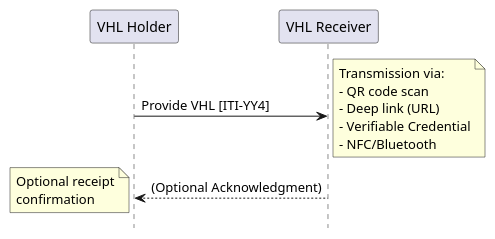
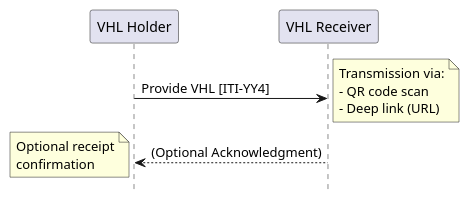
The diagram in input/images-source/ITI-YY4.plantuml (IHE/ITI.VHL), drawn with PlantUML before and after one commit. The commit also changed 4 other files, not shown here.

```diff
--- a/input/images-source/ITI-YY4.plantuml
+++ b/input/images-source/ITI-YY4.plantuml
@@ -1,23 +1,21 @@
 @startuml
 skinparam svgDimensionStyle false
 hide footbox
 
 participant "VHL Holder" as Holder
 participant "VHL Receiver" as Receiver
 
 Holder -> Receiver: Provide VHL [ITI-YY4]
 note right
   Transmission via:
   - QR code scan
   - Deep link (URL)
-  - Verifiable Credential
-  - NFC/Bluetooth
 end note
 
 Receiver --> Holder: (Optional Acknowledgment)
 note left
   Optional receipt
   confirmation
 end note
 
 @enduml
```
